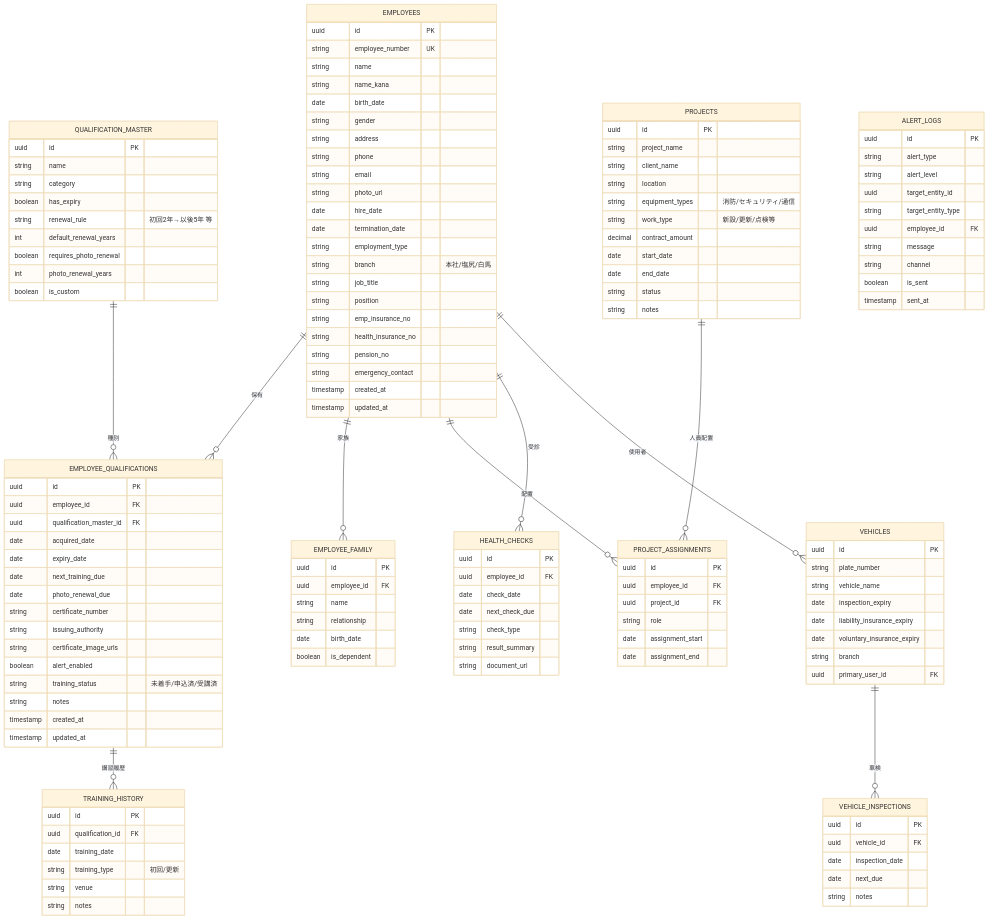
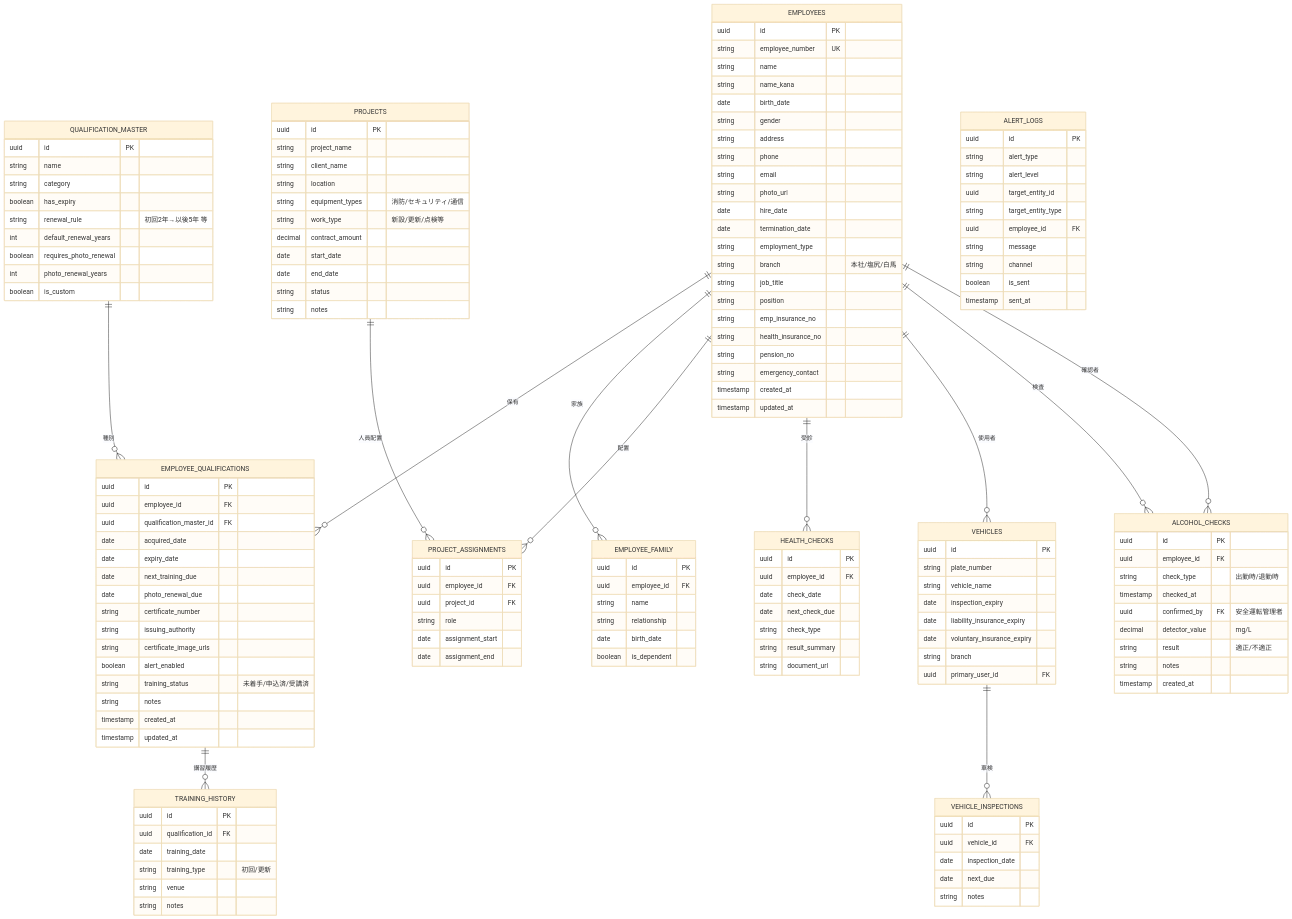
One commit to ayuuum/shinetsu-hochi-system changed the fourth of 6 diagrams in detailed_prd.md. Above: the diagram before and after it, drawn with Mermaid (base theme). The commit also changed other lines of this file and 110 other files, not shown here.

```diff
--- a/detailed_prd.md
+++ b/detailed_prd.md
@@ -305,6 +385,8 @@
     EMPLOYEES ||--o{ PROJECT_ASSIGNMENTS : "配置"
     EMPLOYEES ||--o{ HEALTH_CHECKS : "受診"
     EMPLOYEES ||--o{ VEHICLES : "使用者"
+    EMPLOYEES ||--o{ ALCOHOL_CHECKS : "検査"
+    EMPLOYEES ||--o{ ALCOHOL_CHECKS : "確認者"
     
     QUALIFICATION_MASTER ||--o{ EMPLOYEE_QUALIFICATIONS : "種別"
     EMPLOYEE_QUALIFICATIONS ||--o{ TRAINING_HISTORY : "講習履歴"
@@ -438,6 +520,18 @@
         string notes
     }
 
+    ALCOHOL_CHECKS {
+        uuid id PK
+        uuid employee_id FK
+        string check_type "出勤時/退勤時"
+        timestamp checked_at
+        uuid confirmed_by FK "安全運転管理者"
+        decimal detector_value "mg/L"
+        string result "適正/不適正"
+        string notes
+        timestamp created_at
+    }
+
     ALERT_LOGS {
         uuid id PK
         string alert_type
```
